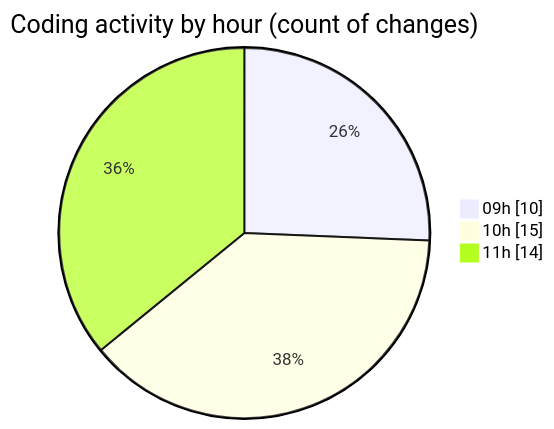
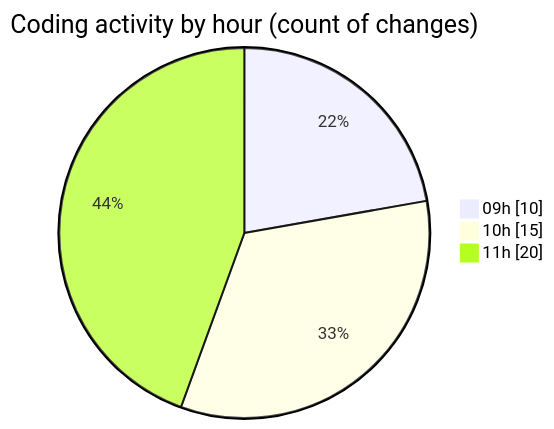
Before and after one commit to MatusMokan/code-tracking: the second of 2 diagrams in 2025-03-21/myws__workspace_/README.md, drawn with Mermaid. The commit also changed other lines of this file and 1 other file, not shown here.

````diff
--- a/2025-03-21/myws__workspace_/README.md
+++ b/2025-03-21/myws__workspace_/README.md
@@ -30,7 +30,7 @@
 ```mermaid
 pie showData
 title Coding activity by hour (count of changes)
 "09h" : 10
 "10h" : 15
-"11h" : 14
+"11h" : 20
 ```
````
